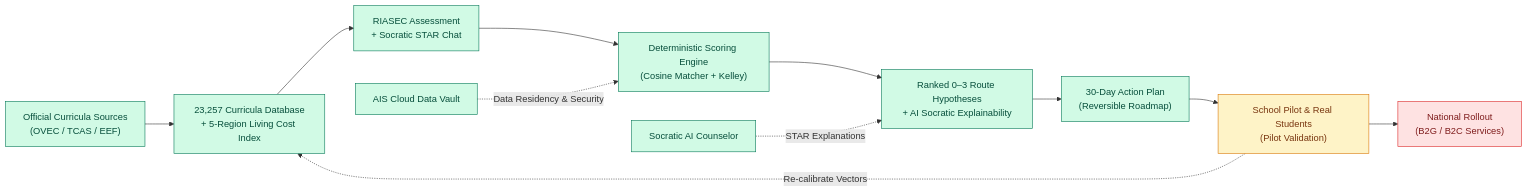
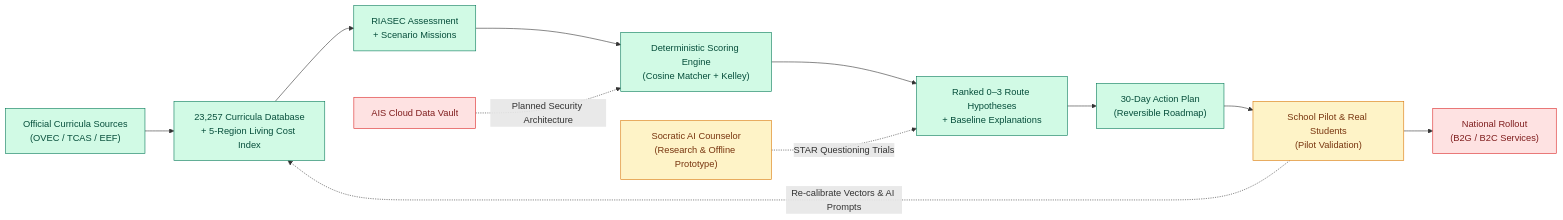
One commit to Pongkarm/Future_Me changed the first of 2 diagrams in README_EN.md. Above: the diagram before and after it, drawn with Mermaid. The commit also changed other lines of this file and 1 other file, not shown here.

Commit message:
docs: strictly align readiness matrix and workflow diagrams with honest technical status (AI in research & validation phase)

````diff
--- a/README_EN.md
+++ b/README_EN.md
@@ -87,20 +87,20 @@
 ```mermaid
 flowchart LR
     A["Official Curricula Sources<br/>(OVEC / TCAS / EEF)"] --> B["23,257 Curricula Database<br/>+ 5-Region Living Cost Index"]
-    B --> C["RIASEC Assessment<br/>+ Socratic STAR Chat"]
+    B --> C["RIASEC Assessment<br/>+ Scenario Missions"]
     C --> D["Deterministic Scoring Engine<br/>(Cosine Matcher + Kelley)"]
-    D --> E["Ranked 0–3 Route Hypotheses<br/>+ AI Socratic Explainability"]
+    D --> E["Ranked 0–3 Route Hypotheses<br/>+ Baseline Explanations"]
     E --> F["30-Day Action Plan<br/>(Reversible Roadmap)"]
     F --> G["School Pilot & Real Students<br/>(Pilot Validation)"]
-    G -. "Re-calibrate Vectors" .-> B
+    G -. "Re-calibrate Vectors & AI Prompts" .-> B
     G --> H["National Rollout<br/>(B2G / B2C Services)"]
 
-    I["Socratic AI Counselor"] -. "STAR Explanations" .-> E
-    J["AIS Cloud Data Vault"] -. "Data Residency & Security" .-> D
+    I["Socratic AI Counselor<br/>(Research & Offline Prototype)"] -. "STAR Questioning Trials" .-> E
+    J["AIS Cloud Data Vault"] -. "Planned Security Architecture" .-> D
     classDef working fill:#d1fae5,stroke:#047857,color:#064e3b;
     classDef validating fill:#fef3c7,stroke:#d97706,color:#78350f;
     classDef planned fill:#fee2e2,stroke:#dc2626,color:#7f1d1d;
-    class A,B,C,D,E,F,I,J working;
-    class G validating;
-    class H planned;
+    class A,B,C,D,E,F working;
+    class G,I validating;
+    class H,J planned;
 ```
````
